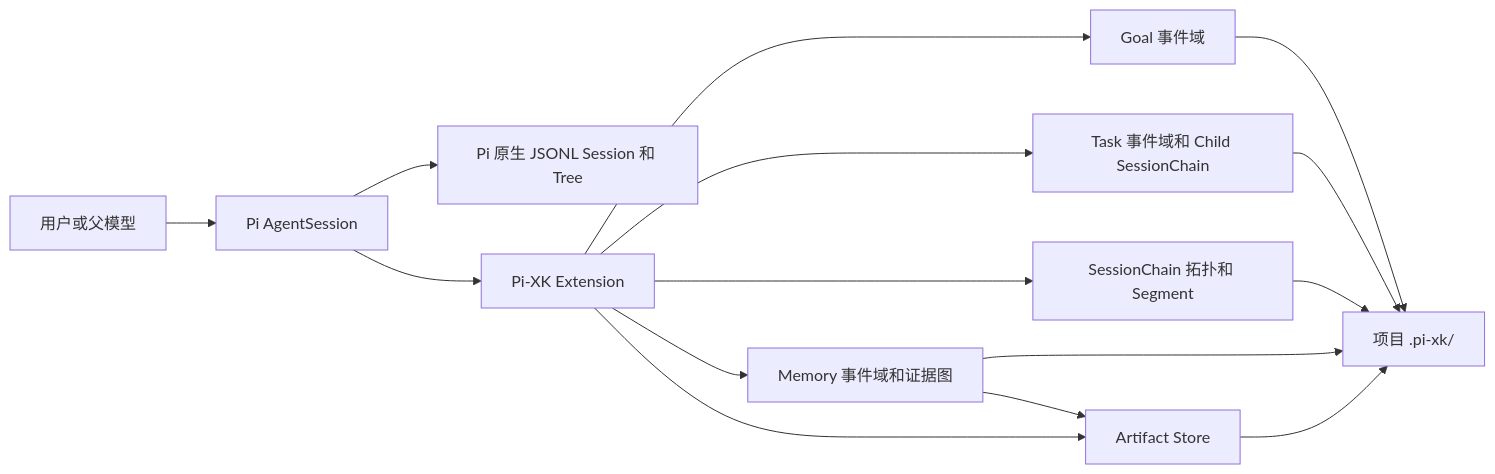
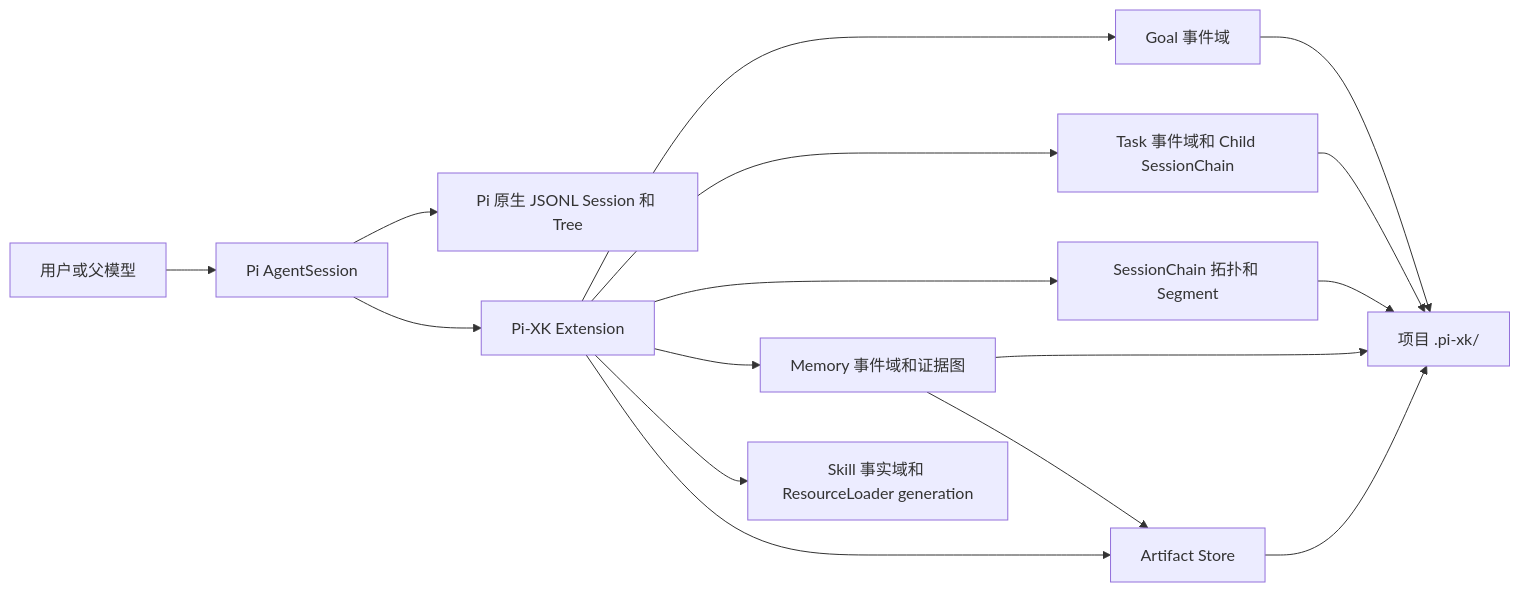
One commit to FengYunCalm/pi-xk changed the diagram in docs/pi-xk/README.md. Above: the diagram before and after it, drawn with Mermaid. The commit also changed other lines of this file and 69 other files, not shown here.

````diff
--- a/docs/pi-xk/README.md
+++ b/docs/pi-xk/README.md
@@ -42,17 +44,18 @@
 ```mermaid
 flowchart LR
     User["用户或父模型"] --> Pi["Pi AgentSession"]
     Pi --> Native["Pi 原生 JSONL Session 和 Tree"]
     Pi --> Ext["Pi-XK Extension"]
     Ext --> Goal["Goal 事件域"]
     Ext --> Task["Task 事件域和 Child SessionChain"]
     Ext --> Chain["SessionChain 拓扑和 Segment"]
     Ext --> Memory["Memory 事件域和证据图"]
+    Ext --> Skills["Skill 事实域和 ResourceLoader generation"]
     Ext --> Artifact["Artifact Store"]
     Goal --> Project["项目 .pi-xk/"]
     Task --> Project
     Chain --> Project
     Memory --> Project
     Memory --> Artifact
     Artifact --> Project
 ```
````
